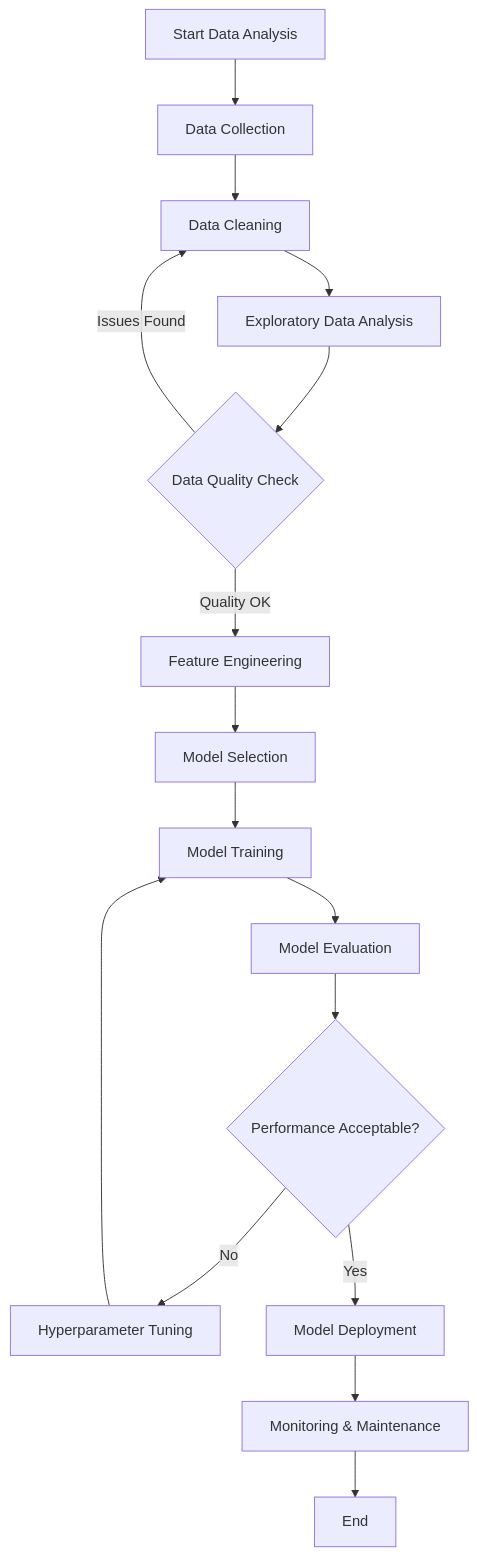
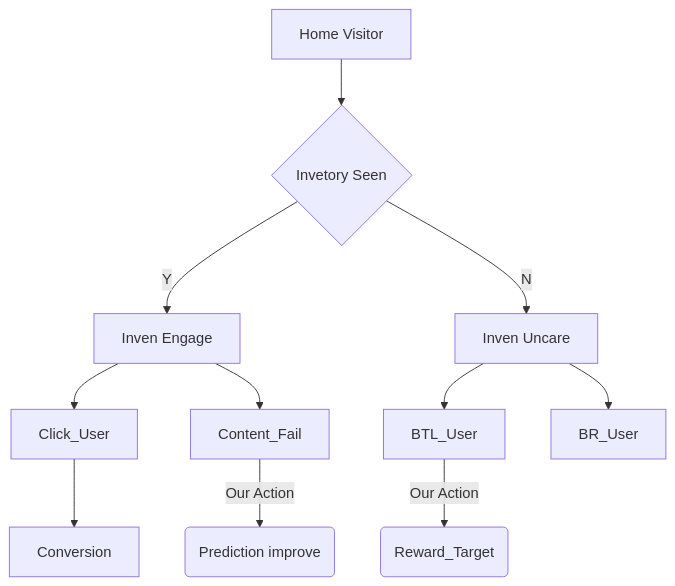
The diagram in 1_Mmd_Flow/inven_uncare.md (seopw28/vex), drawn with Mermaid before and after one commit.

````diff
--- a/1_Mmd_Flow/inven_uncare.md
+++ b/1_Mmd_Flow/inven_uncare.md
@@ -5,18 +5,18 @@
 ```mermaid
 flowchart TD
-    A[Start Data Analysis] --> B[Data Collection]
-    B --> C[Data Cleaning]
-    C --> D[Exploratory Data Analysis]
-    D --> E{Data Quality Check}
-    E -->|Issues Found| C
-    E -->|Quality OK| F[Feature Engineering]
-    F --> G[Model Selection]
-    G --> H[Model Training]
-    H --> I[Model Evaluation]
-    I --> J{Performance Acceptable?}
-    J -->|No| K[Hyperparameter Tuning]
-    K --> H
-    J -->|Yes| L[Model Deployment]
-    L --> M[Monitoring & Maintenance]
-    M --> N[End]
+    pv[Home Visitor] --> intel_pv{Invetory Seen}
+    intel_pv --> |Y| intel_imp[Inven Engage]
+    intel_imp --> Click_User[Click_User]
+    Click_User --> Conv_User[Conversion]
+
+    intel_imp --> Non_Ck[Content_Fail]
+    Non_Ck --> |Our Action| pCTR(Prediction improve)
+    
+
+    intel_pv --> |N| intel_uncare[Inven Uncare]
+    intel_uncare --> BTL[BTL_User]
+    intel_uncare --> BR[BR_User]
+    BTL --> |Our Action| Promo(Reward_Target)
+
+
 ```
````
